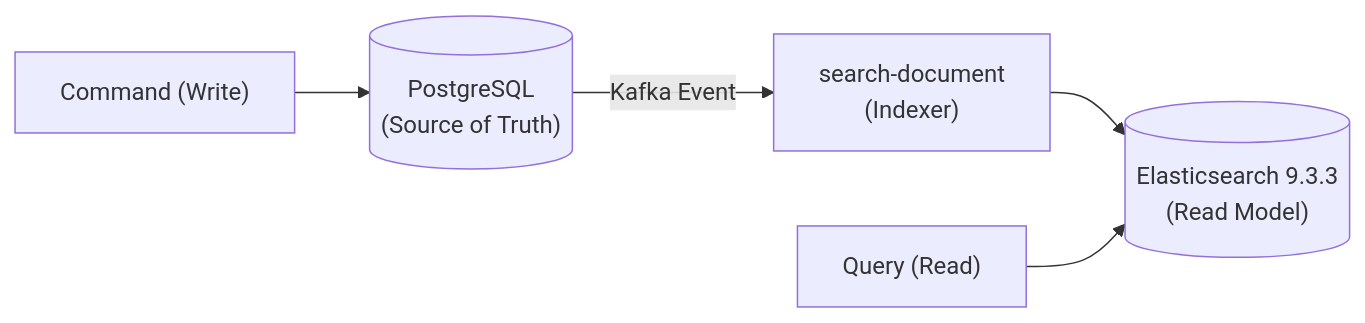
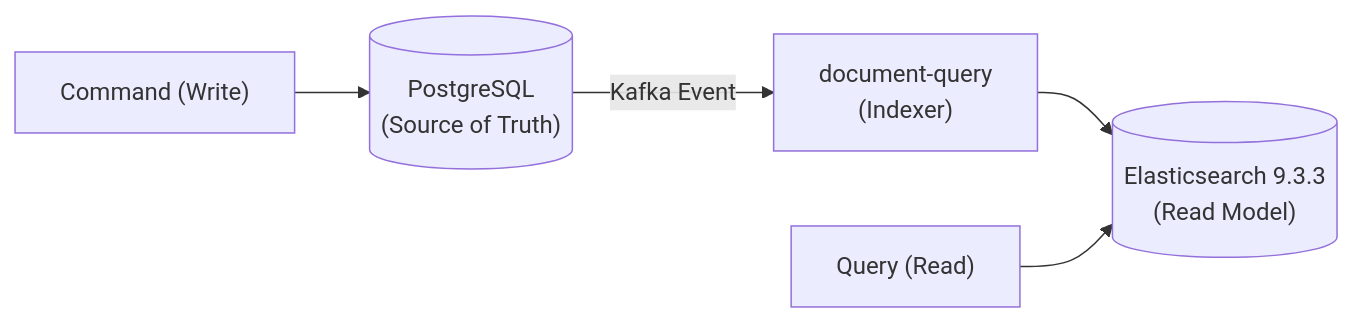
Before and after one commit to sayaya1090/handbook: the fourth of 4 diagrams in docs/design-patterns.md, drawn with Mermaid. The commit also changed other lines of this file and 620 other files, not shown here.

````diff
--- a/docs/design-patterns.md
+++ b/docs/design-patterns.md
@@ -326,7 +326,7 @@
 ```mermaid
 flowchart LR
     C["Command (Write)"] --> PG[("PostgreSQL<br/>(Source of Truth)")]
-    PG -->|Kafka Event| S["search-document<br/>(Indexer)"]
+    PG -->|Kafka Event| S["document-query<br/>(Indexer)"]
     S --> ES[("Elasticsearch 9.3.3<br/>(Read Model)")]
     Q["Query (Read)"] --> ES
 ```
````
